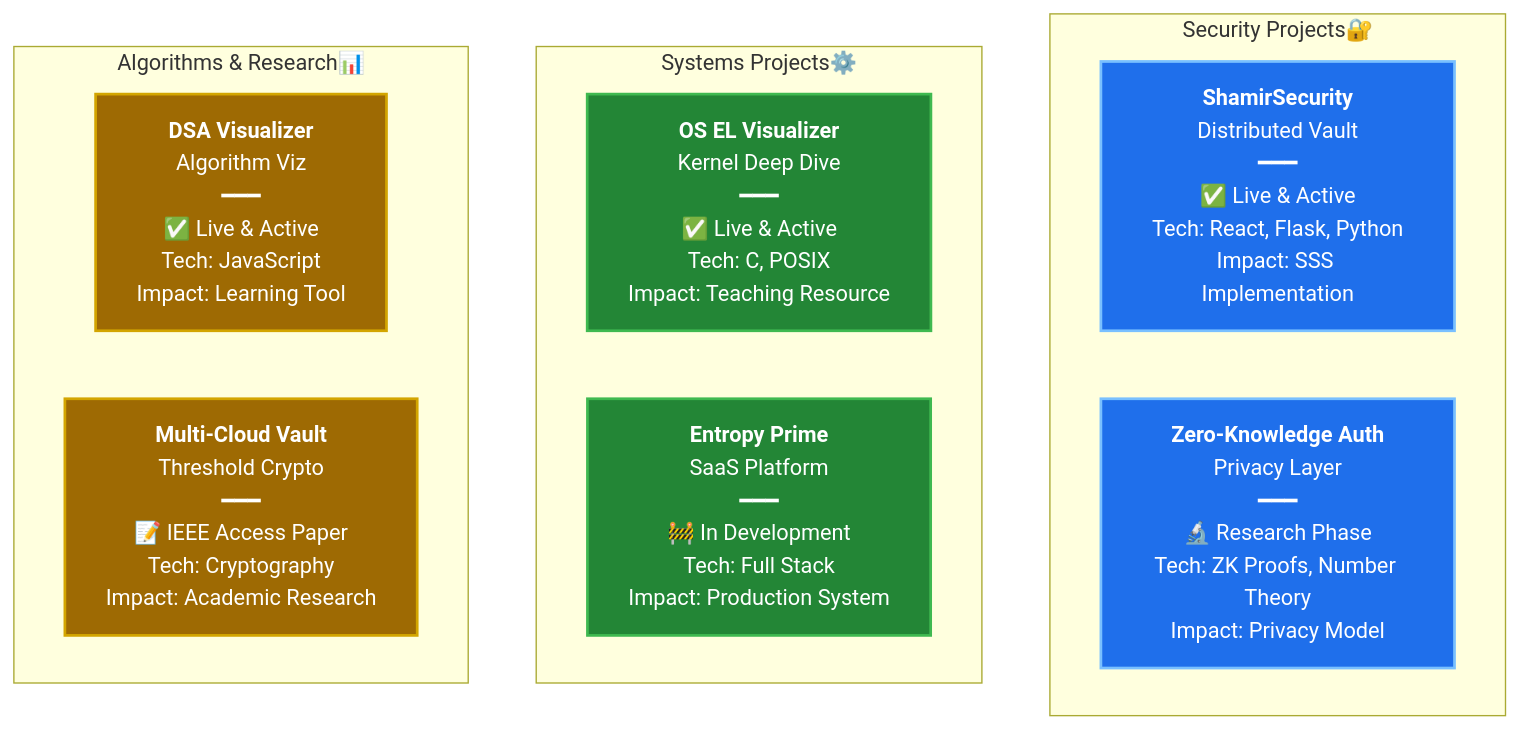
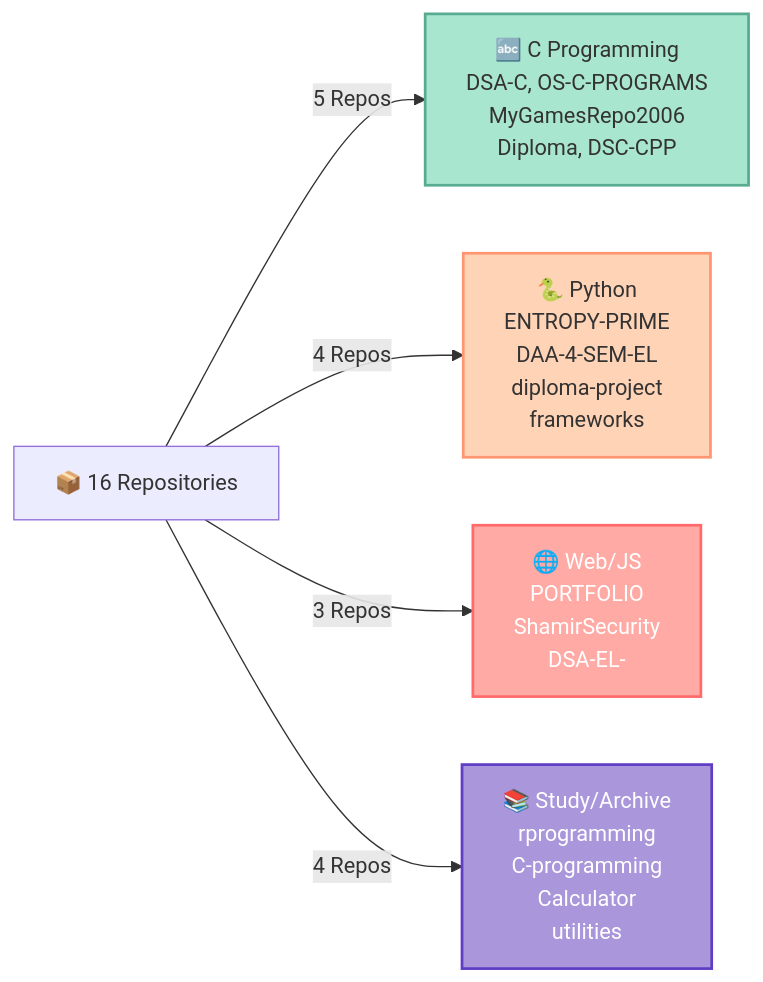
Before and after one commit to Parik-2006/Parik-2006: the third of 6 diagrams in README.md, drawn with Mermaid. The commit also changed other lines of this file and 1 other file, not shown here.

First line of the commit message:
♻️ Refactor README with real projects only + fix contribution chart

````diff
--- a/README.md
+++ b/README.md
@@ -243,24 +167,17 @@
 ```mermaid
-graph TB
-    subgraph "Security Projects🔐"
-        SS["<b>ShamirSecurity</b><br/>Distributed Vault<br/>━━━<br/>✅ Live & Active<br/>Tech: React, Flask, Python<br/>Impact: SSS Implementation"]
-        ZK["<b>Zero-Knowledge Auth</b><br/>Privacy Layer<br/>━━━<br/>🔬 Research Phase<br/>Tech: ZK Proofs, Number Theory<br/>Impact: Privacy Model"]
-    end
+graph LR
+    A["📦 16 Repositories"]
     
-    subgraph "Systems Projects⚙️"
-        OS["<b>OS EL Visualizer</b><br/>Kernel Deep Dive<br/>━━━<br/>✅ Live & Active<br/>Tech: C, POSIX<br/>Impact: Teaching Resource"]
-        EP["<b>Entropy Prime</b><br/>SaaS Platform<br/>━━━<br/>🚧 In Development<br/>Tech: Full Stack<br/>Impact: Production System"]
-    end
+    A -->|"5 Repos"| C["🔤 C Programming<br/>DSA-C, OS-C-PROGRAMS<br/>MyGamesRepo2006<br/>Diploma, DSC-CPP"]
     
-    subgraph "Algorithms & Research📊"
-        DSA["<b>DSA Visualizer</b><br/>Algorithm Viz<br/>━━━<br/>✅ Live & Active<br/>Tech: JavaScript<br/>Impact: Learning Tool"]
-        IEEE["<b>Multi-Cloud Vault</b><br/>Threshold Crypto<br/>━━━<br/>📝 IEEE Access Paper<br/>Tech: Cryptography<br/>Impact: Academic Research"]
-    end
+    A -->|"4 Repos"| B["🐍 Python<br/>ENTROPY-PRIME<br/>DAA-4-SEM-EL<br/>diploma-project<br/>frameworks"]
     
-    style SS fill:#1f6feb,stroke:#79c0ff,stroke-width:2px,color:#fff
-    style ZK fill:#1f6feb,stroke:#79c0ff,stroke-width:2px,color:#fff
-    style OS fill:#238636,stroke:#3fb950,stroke-width:2px,color:#fff
-    style EP fill:#238636,stroke:#3fb950,stroke-width:2px,color:#fff
-    style DSA fill:#9e6a03,stroke:#d3a500,stroke-width:2px,color:#fff
-    style IEEE fill:#9e6a03,stroke:#d3a500,stroke-width:2px,color:#fff
+    A -->|"3 Repos"| D["🌐 Web/JS<br/>PORTFOLIO<br/>ShamirSecurity<br/>DSA-EL-"]
+    
+    A -->|"4 Repos"| E["📚 Study/Archive<br/>rprogramming<br/>C-programming<br/>Calculator<br/>utilities"]
+    
+    style C fill:#A8E6CF,stroke:#56ab91,stroke-width:2px,color:#333
+    style B fill:#FFD3B6,stroke:#ff9671,stroke-width:2px,color:#333
+    style D fill:#FFAAA5,stroke:#ff6b6b,stroke-width:2px,color:#fff
+    style E fill:#AA96DA,stroke:#5f3dc4,stroke-width:2px,color:#fff
 ```
````
